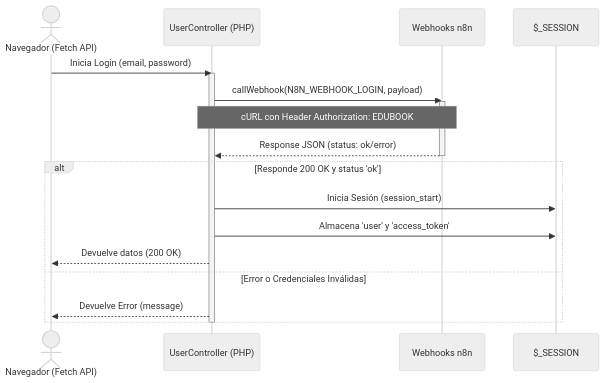
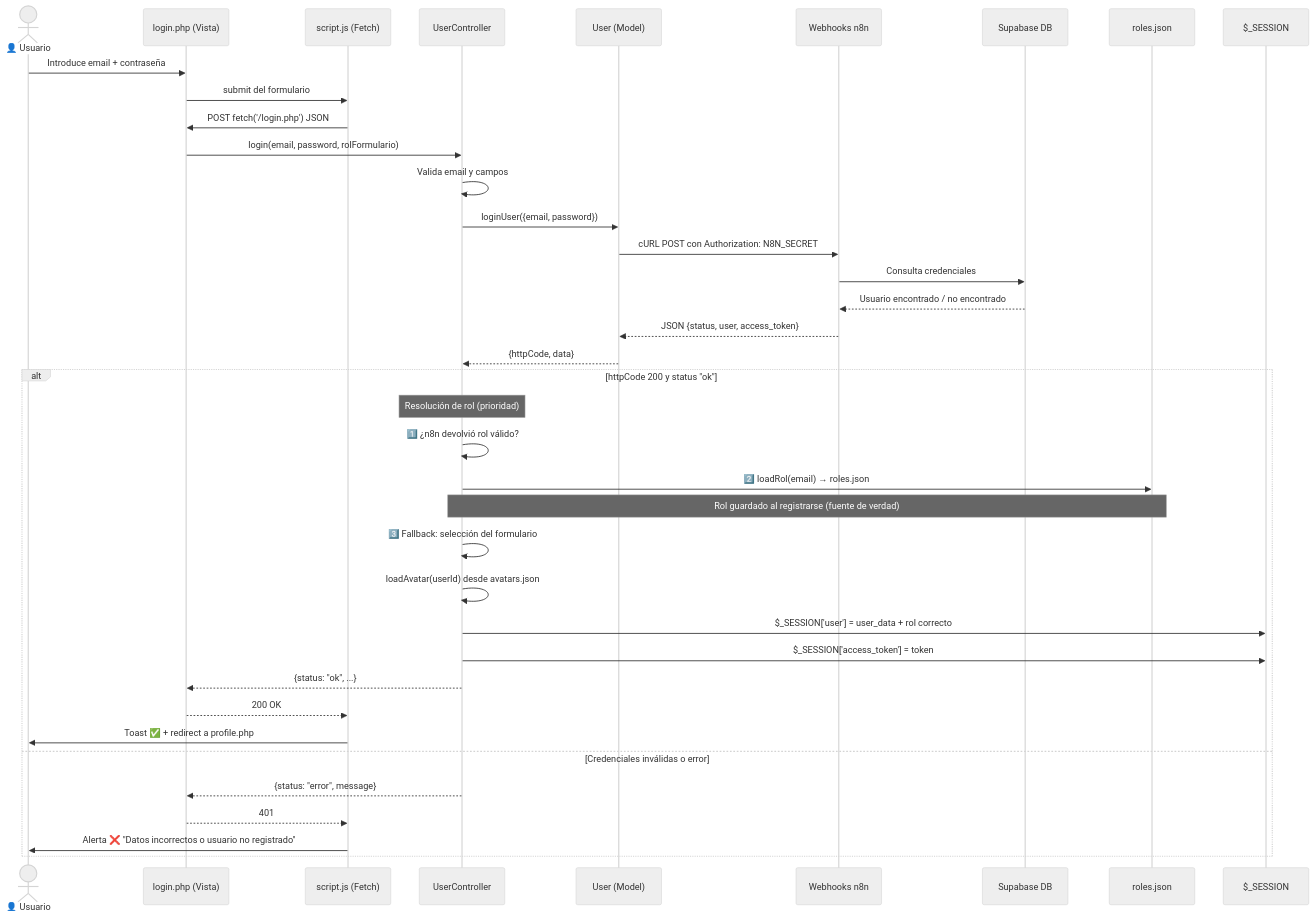
The third of 3 diagrams in README.md (ElyasIT/edubookweb), drawn with Mermaid (neutral theme) before and after one commit. The commit also changed other lines of this file and 38 other files, not shown here.

````diff
--- a/README.md
+++ b/README.md
@@ -88,24 +155,43 @@
 ```mermaid
 sequenceDiagram
-    actor Cliente as Navegador (Fetch API)
-    participant UC as UserController (PHP)
+    actor U as 👤 Usuario
+    participant V as login.php (Vista)
+    participant JS as script.js (Fetch)
+    participant UC as UserController
+    participant M as User (Model)
     participant N8N as Webhooks n8n
-    participant Session as $_SESSION
+    participant DB as Supabase DB
+    participant RJ as roles.json
+    participant S as $_SESSION
 
-    Cliente->>UC: Inicia Login (email, password)
-    activate UC
-    UC->>N8N: callWebhook(N8N_WEBHOOK_LOGIN, payload)
-    activate N8N
-    Note over UC,N8N: cURL con Header Authorization: EDUBOOK
-    N8N-->>UC: Response JSON (status: ok/error)
-    deactivate N8N
-    
-    alt Responde 200 OK y status 'ok'
-        UC->>Session: Inicia Sesión (session_start)
-        UC->>Session: Almacena 'user' y 'access_token'
-        UC-->>Cliente: Devuelve datos (200 OK)
-    else Error o Credenciales Inválidas
-        UC-->>Cliente: Devuelve Error (message)
+    U->>V: Introduce email + contraseña
+    V->>JS: submit del formulario
+    JS->>V: POST fetch('/login.php') JSON
+
+    V->>UC: login(email, password, rolFormulario)
+    UC->>UC: Valida email y campos
+    UC->>M: loginUser({email, password})
+    M->>N8N: cURL POST con Authorization: N8N_SECRET
+    N8N->>DB: Consulta credenciales
+    DB-->>N8N: Usuario encontrado / no encontrado
+    N8N-->>M: JSON {status, user, access_token}
+    M-->>UC: {httpCode, data}
+
+    alt httpCode 200 y status "ok"
+        Note over UC: Resolución de rol (prioridad)
+        UC->>UC: 1️⃣ ¿n8n devolvió rol válido?
+        UC->>RJ: 2️⃣ loadRol(email) → roles.json
+        Note over UC,RJ: Rol guardado al registrarse (fuente de verdad)
+        UC->>UC: 3️⃣ Fallback: selección del formulario
+        UC->>UC: loadAvatar(userId) desde avatars.json
+        UC->>S: $_SESSION['user'] = user_data + rol correcto
+        UC->>S: $_SESSION['access_token'] = token
+        UC-->>V: {status: "ok", ...}
+        V-->>JS: 200 OK
+        JS->>U: Toast ✅ + redirect a profile.php
+    else Credenciales inválidas o error
+        UC-->>V: {status: "error", message}
+        V-->>JS: 401
+        JS->>U: Alerta ❌ "Datos incorrectos o usuario no registrado"
     end
-    deactivate UC
 ```
````
